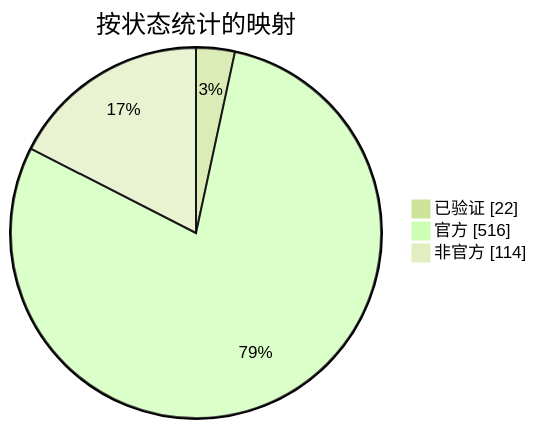
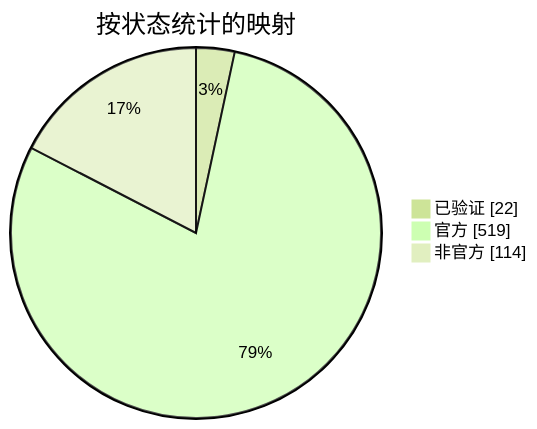
The diagram in docs/readme/README_ZHS.md (nobrega8/mbmap-library), drawn with Mermaid (forest theme) before and after one commit. The commit also changed 8 other files, not shown here.

````diff
--- a/docs/readme/README_ZHS.md
+++ b/docs/readme/README_ZHS.md
@@ -54,7 +54,7 @@
 ```mermaid
 pie showData
     title 按状态统计的映射
     "已验证" : 22
-    "官方" : 516
+    "官方" : 519
     "非官方" : 114
 ```
````
